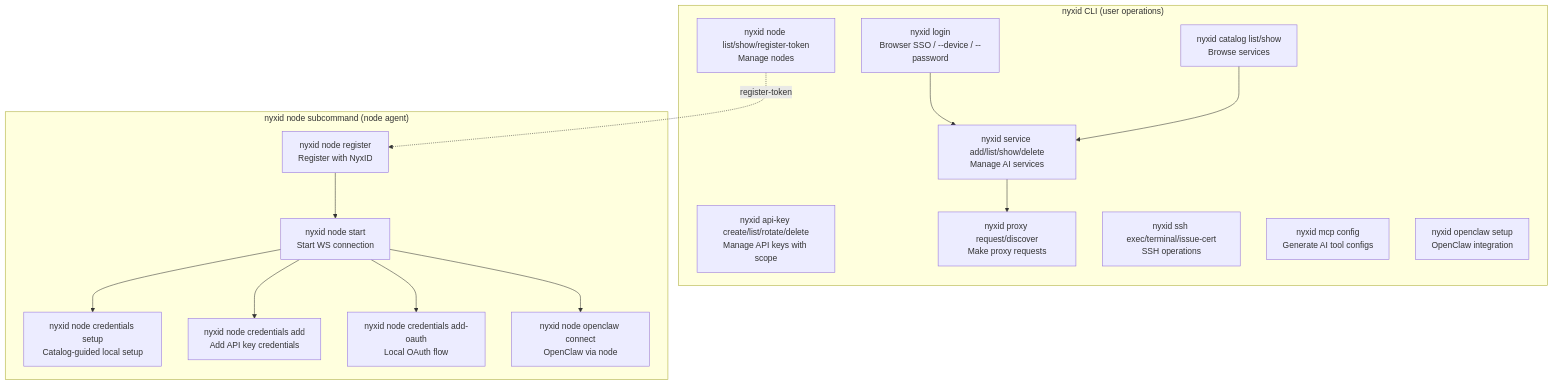
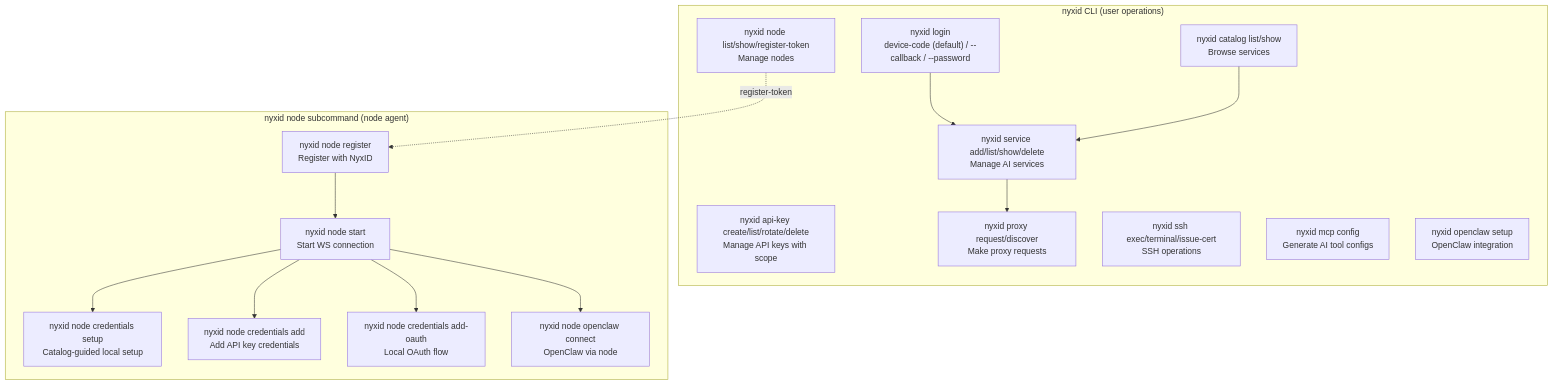
One commit to ChronoAIProject/NyxID changed the fifth of 8 diagrams in docs/AI_SERVICES_ARCHITECTURE.md. Above: the diagram before and after it, drawn with Mermaid. The commit also changed 31 other files, not shown here.

First line of the commit message:
fix(login): code-format hint, QR prefill with RFC 8628 code confirmation, documented desktop login default (0.18.0) (#1559)

````diff
--- a/docs/AI_SERVICES_ARCHITECTURE.md
+++ b/docs/AI_SERVICES_ARCHITECTURE.md
@@ -338,30 +338,30 @@
 ```mermaid
 graph TB
     subgraph "nyxid CLI (user operations)"
-        LOGIN["nyxid login<br/>Browser SSO / --device / --password"]
+        LOGIN["nyxid login<br/>device-code (default) / --callback / --password"]
         CATALOG["nyxid catalog list/show<br/>Browse services"]
         SERVICE["nyxid service add/list/show/delete<br/>Manage AI services"]
         APIKEY["nyxid api-key create/list/rotate/delete<br/>Manage API keys with scope"]
         PROXY["nyxid proxy request/discover<br/>Make proxy requests"]
         SSH_CMD["nyxid ssh exec/terminal/issue-cert<br/>SSH operations"]
         MCP["nyxid mcp config<br/>Generate AI tool configs"]
         NODE_CMD["nyxid node list/show/register-token<br/>Manage nodes"]
         OPENCLAW["nyxid openclaw setup<br/>OpenClaw integration"]
     end
 
     subgraph "nyxid node subcommand (node agent)"
         REGISTER["nyxid node register<br/>Register with NyxID"]
         START["nyxid node start<br/>Start WS connection"]
         SETUP["nyxid node credentials setup<br/>Catalog-guided local setup"]
         CREDS["nyxid node credentials add<br/>Add API key credentials"]
         OAUTH_NODE["nyxid node credentials add-oauth<br/>Local OAuth flow"]
         OC_NODE["nyxid node openclaw connect<br/>OpenClaw via node"]
     end
 
     LOGIN --> SERVICE
     CATALOG --> SERVICE
     SERVICE --> PROXY
     NODE_CMD -.->|"register-token"| REGISTER
     REGISTER --> START
     START --> SETUP & CREDS & OAUTH_NODE & OC_NODE
 ```
````
